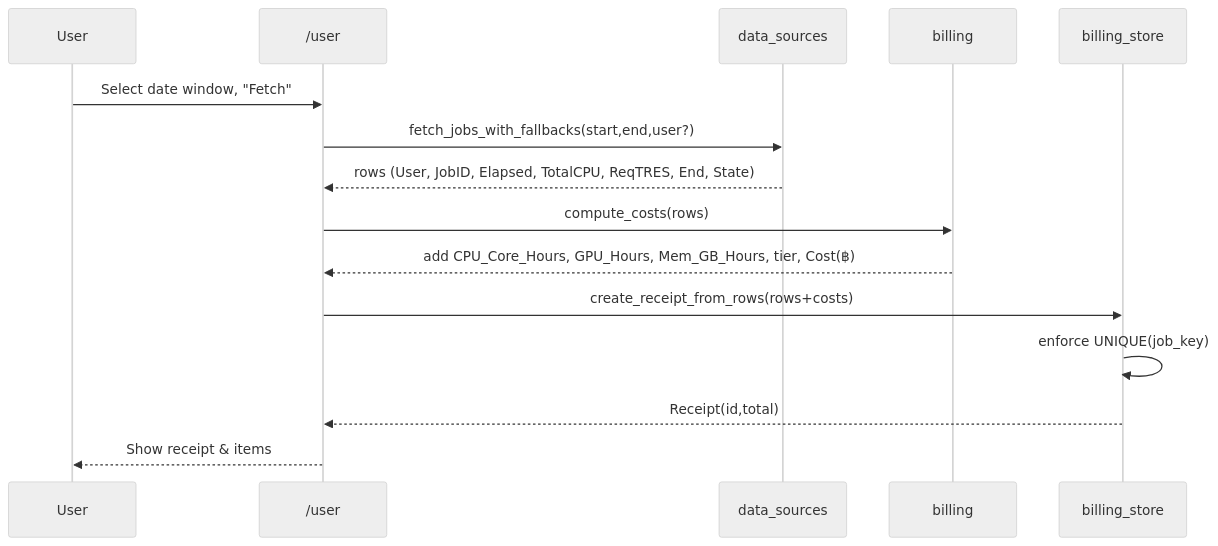
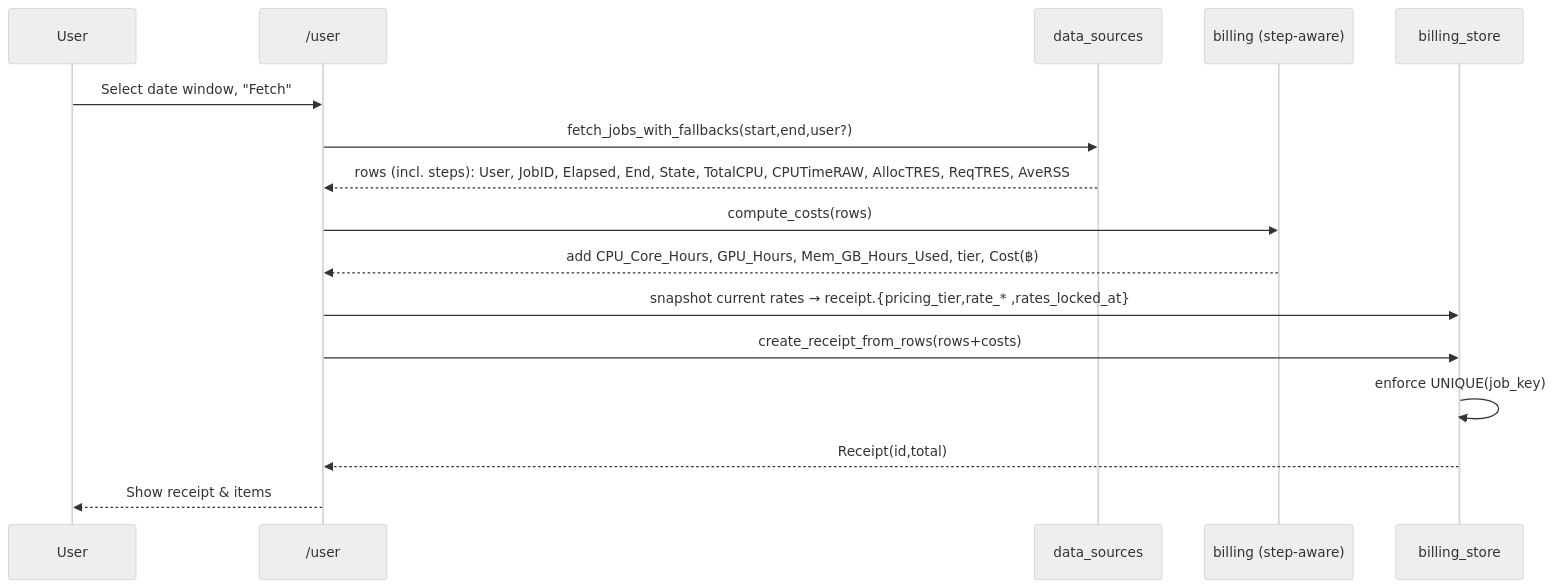
Before and after one commit to Purinat33/hpc_flask: the seventh of 9 diagrams in docs/02-architecture.md, drawn with Mermaid (neutral theme). The commit also changed other lines of this file, not shown here.

````diff
--- a/docs/02-architecture.md
+++ b/docs/02-architecture.md
@@ -296,18 +303,19 @@
 ```mermaid
 sequenceDiagram
   participant U as User
   participant UI as /user
   participant DS as data_sources
-  participant BILL as billing
+  participant BILL as billing (step-aware)
   participant BDB as billing_store
 
   U->>UI: Select date window, "Fetch"
   UI->>DS: fetch_jobs_with_fallbacks(start,end,user?)
-  DS-->>UI: rows (User, JobID, Elapsed, TotalCPU, ReqTRES, End, State)
+  DS-->>UI: rows (incl. steps): User, JobID, Elapsed, End, State, TotalCPU, CPUTimeRAW, AllocTRES, ReqTRES, AveRSS
   UI->>BILL: compute_costs(rows)
-  BILL-->>UI: add CPU_Core_Hours, GPU_Hours, Mem_GB_Hours, tier, Cost(฿)
+  BILL-->>UI: add CPU_Core_Hours, GPU_Hours, Mem_GB_Hours_Used, tier, Cost(฿)
+  UI->>BDB: snapshot current rates → receipt.{pricing_tier,rate_* ,rates_locked_at}
   UI->>BDB: create_receipt_from_rows(rows+costs)
   BDB->>BDB: enforce UNIQUE(job_key)
   BDB-->>UI: Receipt(id,total)
   UI-->>U: Show receipt & items
 ```
````
